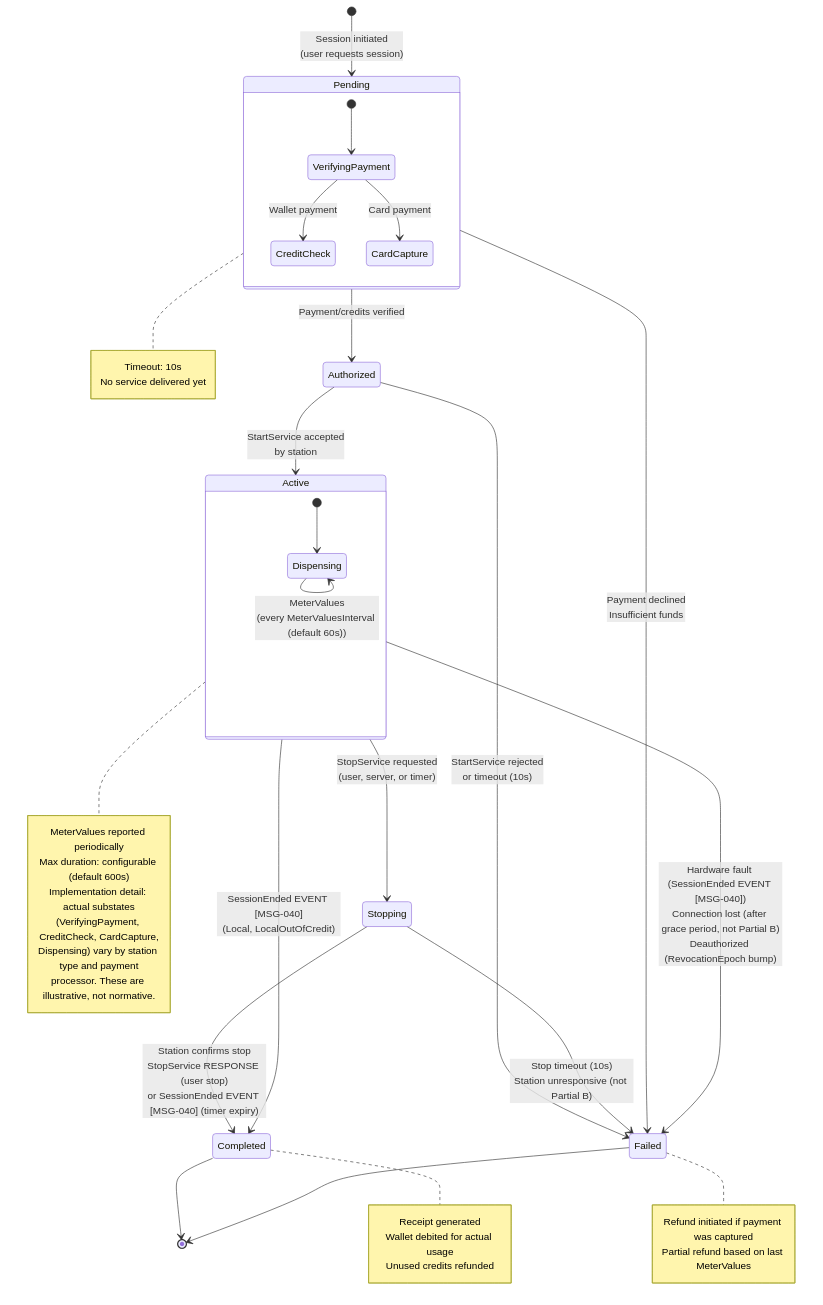
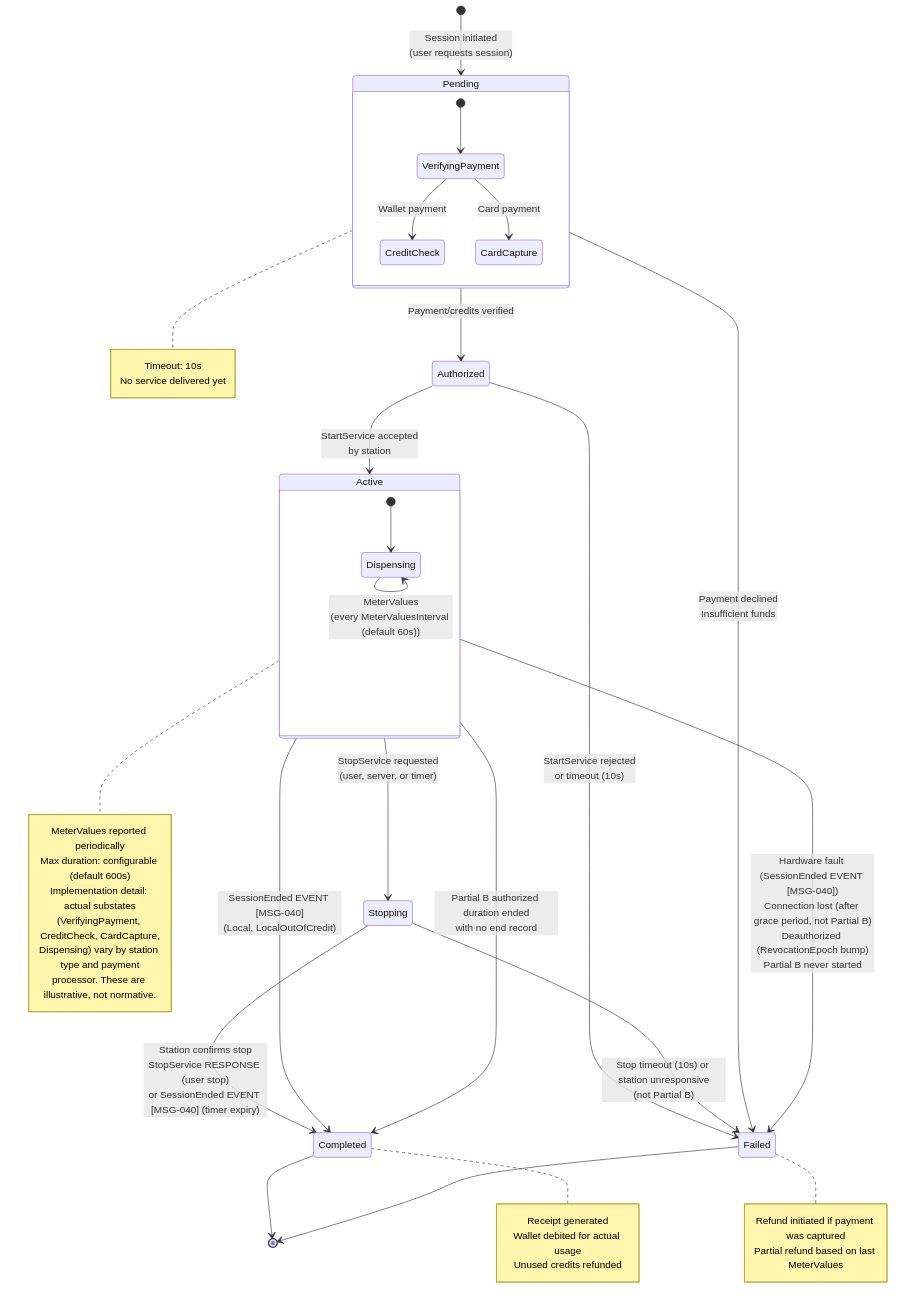
Before and after one commit to ospp-org/spec: the diagram in diagrams/state-machine-session.mmd, drawn with Mermaid. The commit also changed 20 other files, not shown here.

```diff
--- a/diagrams/state-machine-session.mmd
+++ b/diagrams/state-machine-session.mmd
@@ -1,57 +1,58 @@
 %% OSPP Session Lifecycle State Machine
 %% Reference: spec/05-state-machines.md, Section 3
 
 stateDiagram-v2
     [*] --> Pending : Session initiated<br/>(user requests session)
 
     Pending --> Authorized : Payment/credits verified
     Pending --> Failed : Payment declined<br/>Insufficient funds
 
     Authorized --> Active : StartService accepted<br/>by station
     Authorized --> Failed : StartService rejected<br/>or timeout (10s)
 
     Active --> Stopping : StopService requested<br/>(user, server, or timer)
     Active --> Completed : SessionEnded EVENT [MSG-040]<br/>(Local, LocalOutOfCredit)
-    Active --> Failed : Hardware fault (SessionEnded EVENT [MSG-040])<br/>Connection lost (after grace period, not Partial B)<br/>Deauthorized (RevocationEpoch bump)
+    Active --> Failed : Hardware fault (SessionEnded EVENT [MSG-040])<br/>Connection lost (after grace period, not Partial B)<br/>Deauthorized (RevocationEpoch bump)<br/>Partial B never started
+    Active --> Completed : Partial B authorized duration ended<br/>with no end record
 
     Stopping --> Completed : Station confirms stop<br/>StopService RESPONSE (user stop)<br/>or SessionEnded EVENT [MSG-040] (timer expiry)
-    Stopping --> Failed : Stop timeout (10s)<br/>Station unresponsive (not Partial B)
+    Stopping --> Failed : Stop timeout (10s) or station unresponsive<br/>(not Partial B)
 
     Completed --> [*]
     Failed --> [*]
 
     state Pending {
         [*] --> VerifyingPayment
         VerifyingPayment --> CreditCheck : Wallet payment
         VerifyingPayment --> CardCapture : Card payment
     }
 
     state Active {
         [*] --> Dispensing
         Dispensing --> Dispensing : MeterValues<br/>(every MeterValuesInterval (default 60s))
     }
 
     note right of Pending
         Timeout: 10s
         No service delivered yet
     end note
 
     note right of Active
         MeterValues reported periodically
         Max duration: configurable (default 600s)
         Implementation detail: actual substates
         (VerifyingPayment, CreditCheck, CardCapture,
         Dispensing) vary by station type and payment
         processor. These are illustrative, not normative.
     end note
 
     note right of Completed
         Receipt generated
         Wallet debited for actual usage
         Unused credits refunded
     end note
 
     note right of Failed
         Refund initiated if payment was captured
         Partial refund based on last MeterValues
     end note
```
